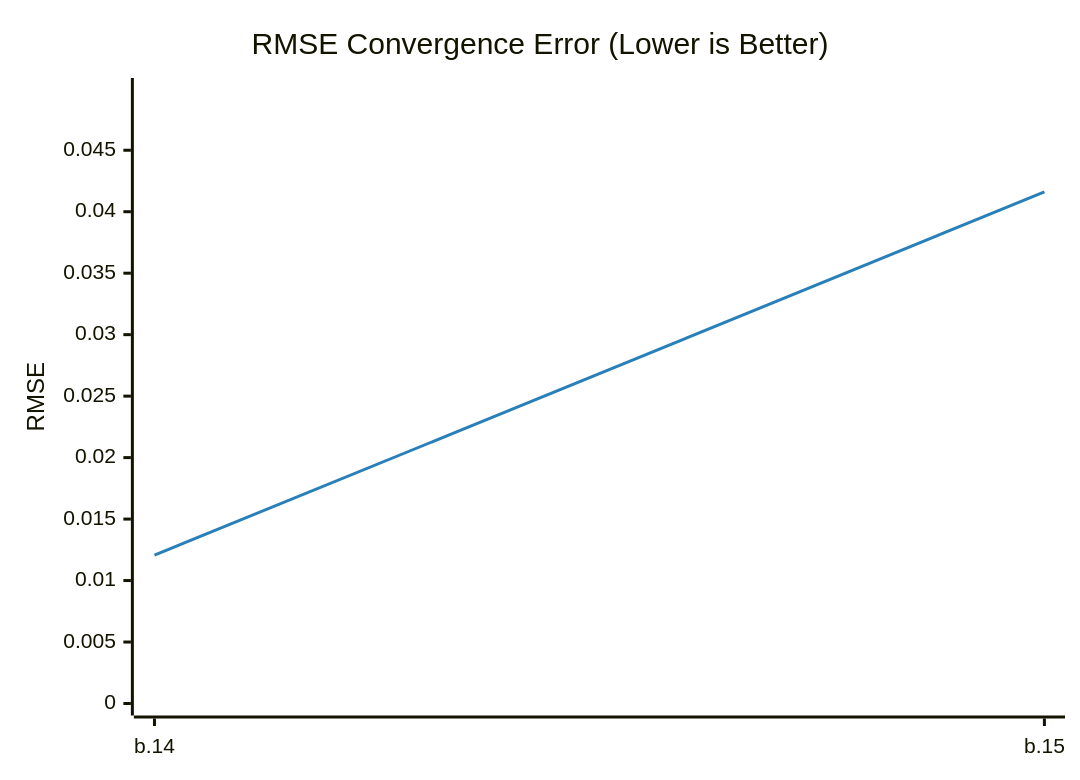
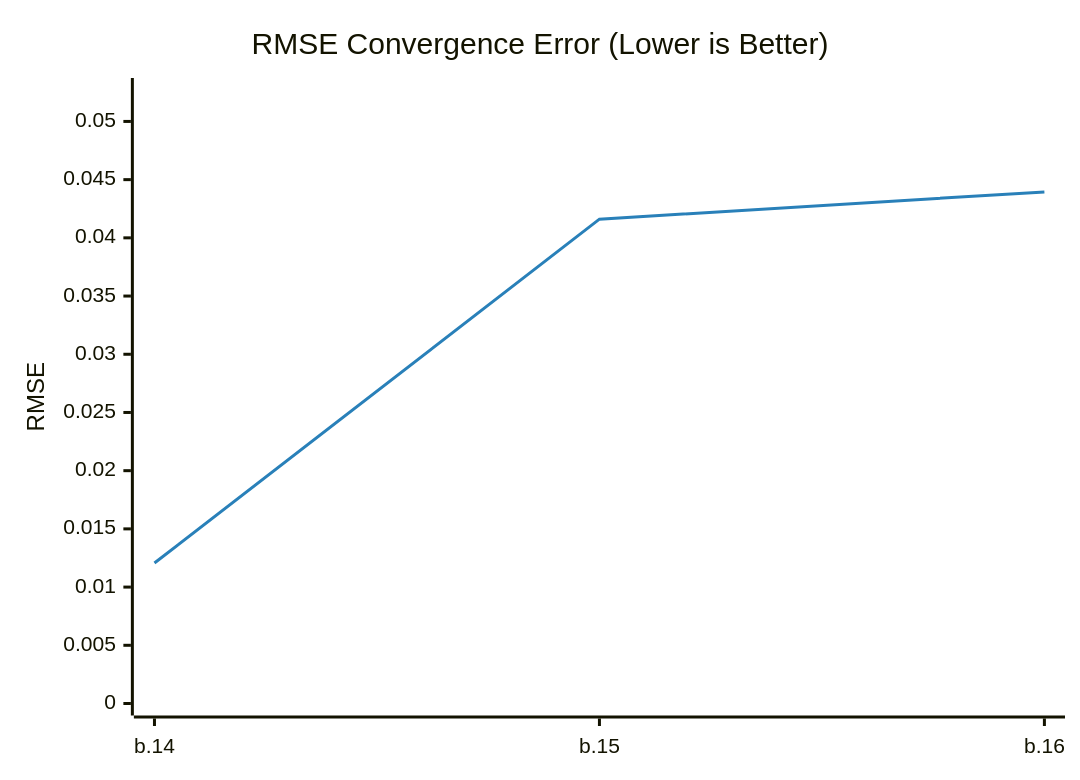
Before and after one commit to timo-eberl/tracy: the diagram in README.md, drawn with Mermaid. The commit also changed other lines of this file and 2 other files, not shown here.

````diff
--- a/README.md
+++ b/README.md
@@ -13,14 +13,14 @@
 ```mermaid
 ---
 config:
     theme: base
     themeVariables:
         xyChart:
             plotColorPalette: "#2980b9"
 ---
 xychart-beta
     title "RMSE Convergence Error (Lower is Better)"
-    x-axis ["b.14", "b.15"]
-    y-axis "RMSE" 0 --> 0.0499
-    line [0.012064, 0.041607]
+    x-axis ["b.14", "b.15", "b.16"]
+    y-axis "RMSE" 0 --> 0.0527
+    line [0.012064, 0.041607, 0.043946]
 ```
````
